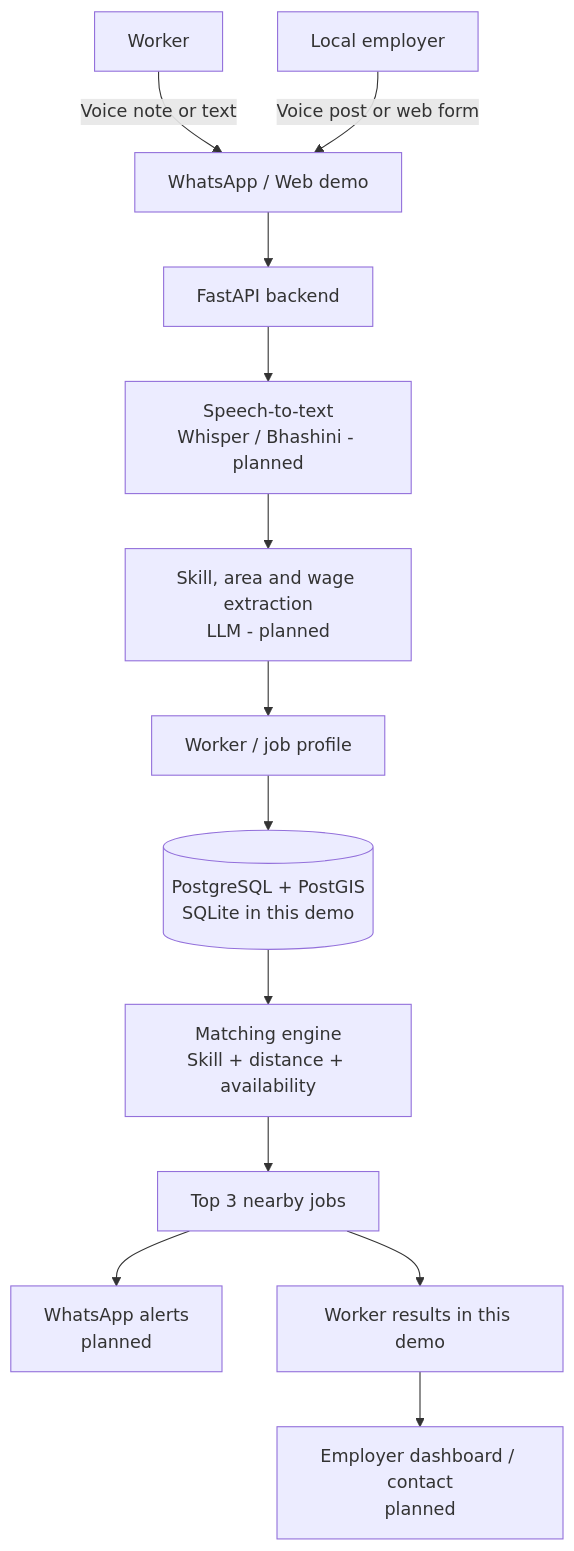
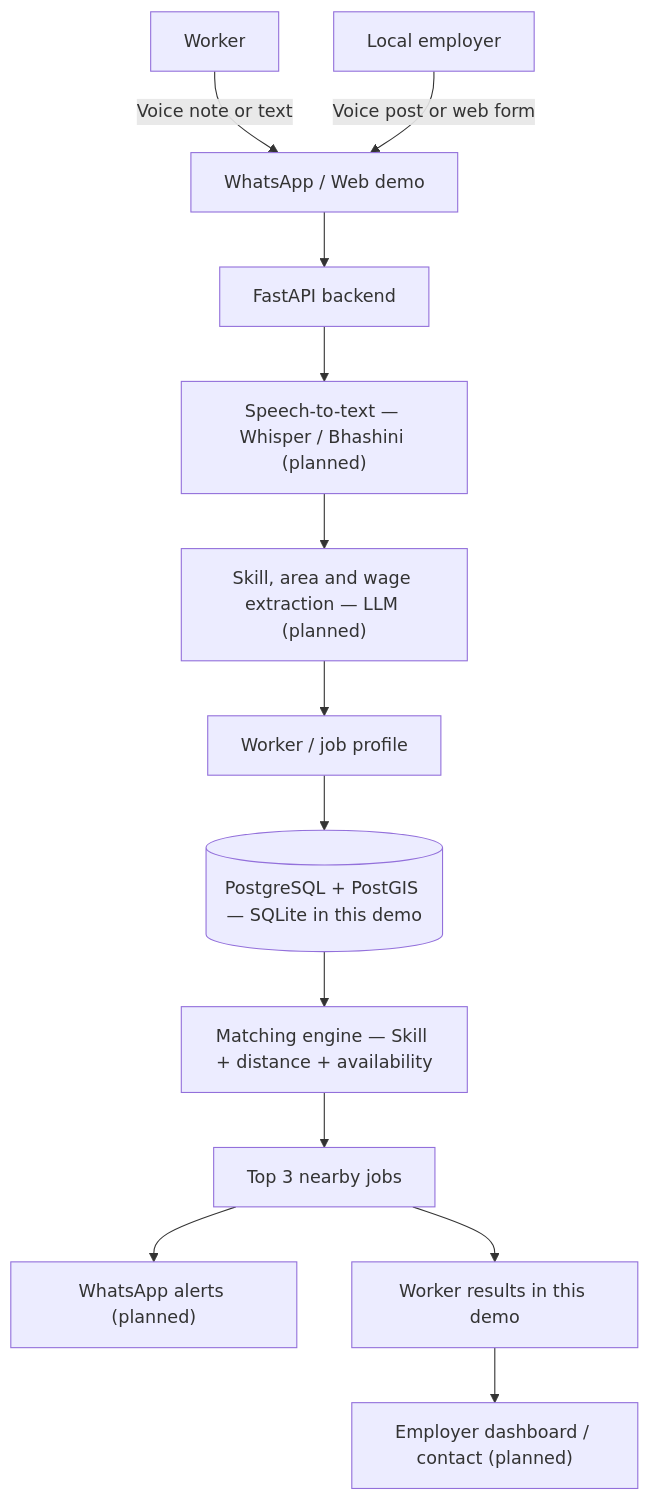
Before and after one commit to kiranganji02/kayaka-prototype: the first of 2 diagrams in README.md, drawn with Mermaid. The commit also changed other lines of this file, not shown here.

Commit message:
fix: resolve Mermaid render errors in product flow and worker journey diagrams

````diff
--- a/README.md
+++ b/README.md
@@ -36,15 +36,15 @@
 ```mermaid
 flowchart TD
-    W[Worker] -->|Voice note or text| CH[WhatsApp / Web demo]
+    W[Worker] -->|Voice note or text| CH["WhatsApp / Web demo"]
     E[Local employer] -->|Voice post or web form| CH
     CH --> API[FastAPI backend]
-    API --> STT[Speech-to-text<br/>Whisper / Bhashini - planned]
-    STT --> EXT[Skill, area and wage extraction<br/>LLM - planned]
-    EXT --> PROF[Worker / job profile]
-    PROF --> DB[(PostgreSQL + PostGIS<br/>SQLite in this demo)]
-    DB --> MATCH[Matching engine<br/>Skill + distance + availability]
-    MATCH --> TOP[Top 3 nearby jobs]
-    TOP --> ALERT[WhatsApp alerts<br/>planned]
+    API --> STT["Speech-to-text — Whisper / Bhashini (planned)"]
+    STT --> EXT["Skill, area and wage extraction — LLM (planned)"]
+    EXT --> PROF["Worker / job profile"]
+    PROF --> DB[("PostgreSQL + PostGIS — SQLite in this demo")]
+    DB --> MATCH["Matching engine — Skill + distance + availability"]
+    MATCH --> TOP["Top 3 nearby jobs"]
+    TOP --> ALERT["WhatsApp alerts (planned)"]
     TOP --> UI[Worker results in this demo]
-    UI --> EMP[Employer dashboard / contact<br/>planned]
+    UI --> EMP["Employer dashboard / contact (planned)"]
 ```
````
